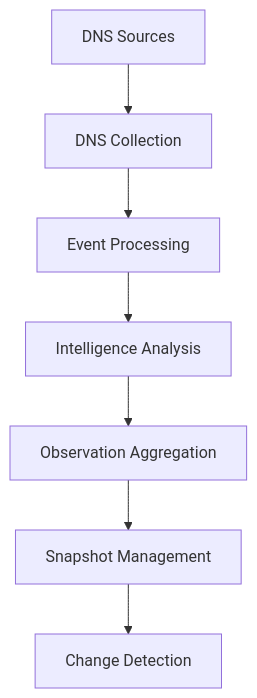
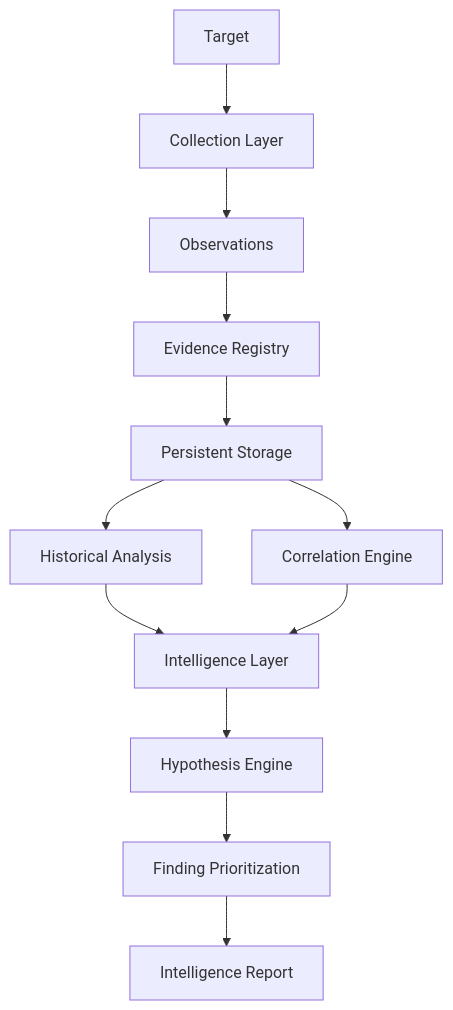
One commit to itsFuRy007/KEM3T changed the diagram in README.md. Above: the diagram before and after it, drawn with Mermaid. The commit also changed other lines of this file, not shown here.

````diff
--- a/README.md
+++ b/README.md
@@ -21,9 +121,17 @@
 ```mermaid
 flowchart TD
-    A[DNS Sources] --> B[DNS Collection]
-    B --> C[Event Processing]
-    C --> D[Intelligence Analysis]
-    D --> E[Observation Aggregation]
-    E --> F[Snapshot Management]
-    F --> G[Change Detection]
+    A[Target] --> B[Collection Layer]
+    B --> C[Observations]
+    C --> D[Evidence Registry]
+    D --> E[Persistent Storage]
+
+    E --> F[Historical Analysis]
+    E --> G[Correlation Engine]
+
+    F --> H[Intelligence Layer]
+    G --> H
+
+    H --> I[Hypothesis Engine]
+    I --> J[Finding Prioritization]
+    J --> K[Intelligence Report]
 ```
````
